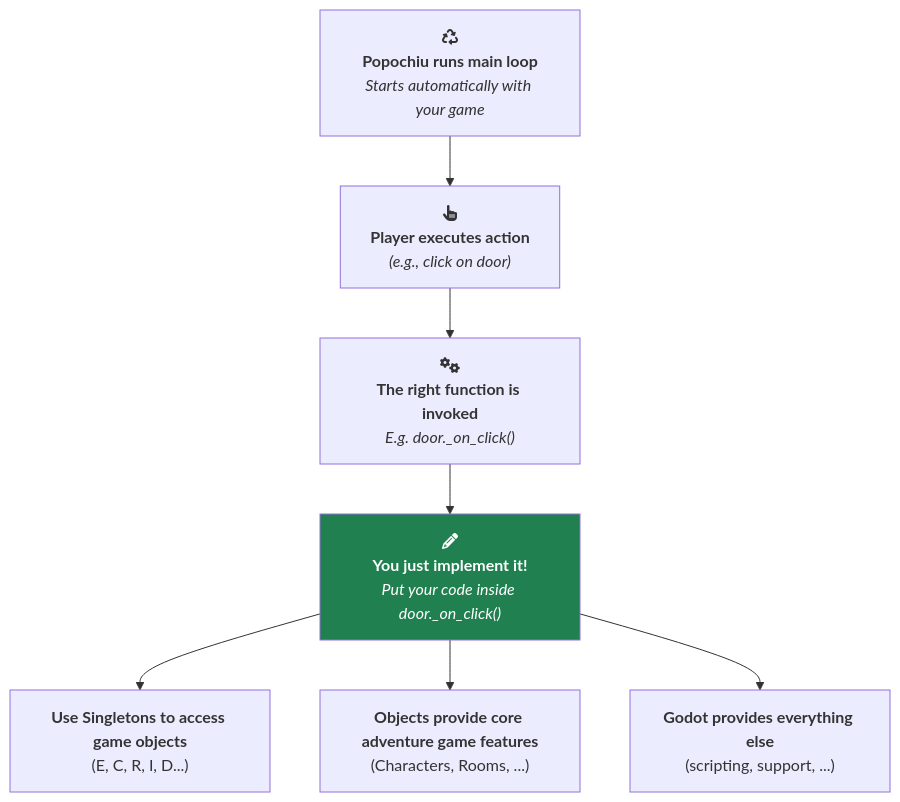
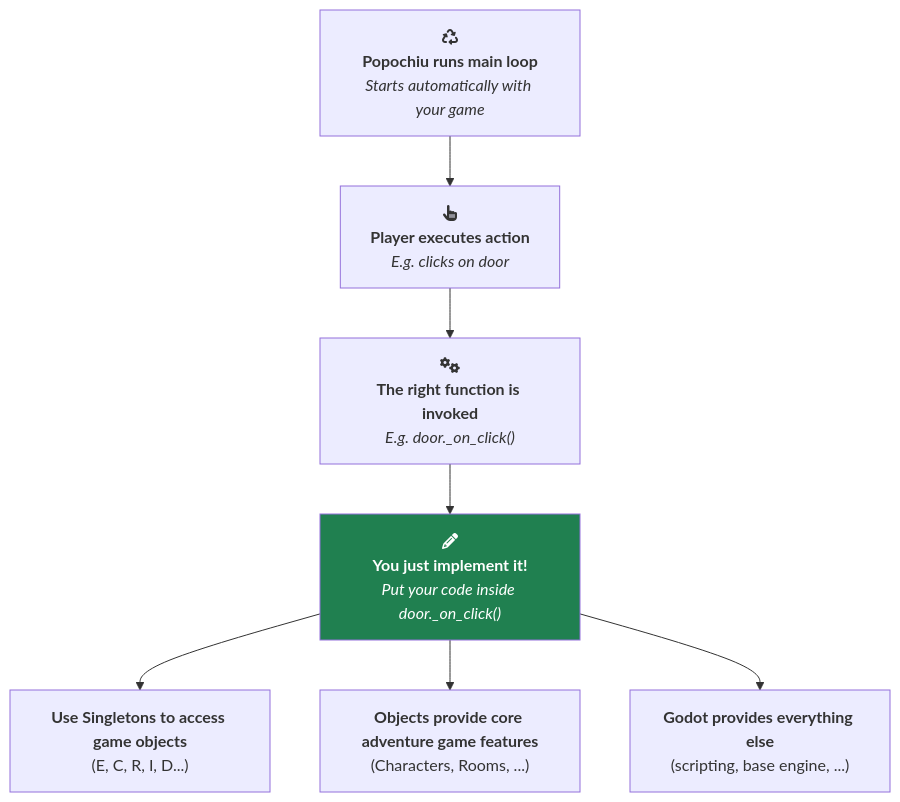
Before and after one commit to carenalgas/popochiu: the diagram in docs/src/the-engine-handbook/scripting-overview.md, drawn with Mermaid. The commit also changed 2 other files, not shown here.

Commit message:
refs #415: WIP improvements on the Engine Handbook.

````diff
--- a/docs/src/the-engine-handbook/scripting-overview.md
+++ b/docs/src/the-engine-handbook/scripting-overview.md
@@ -18,11 +18,11 @@
 ```mermaid
 flowchart TD
-    A["fas:fa-recycle<br/><strong>Popochiu runs main loop</strong><br/><i>Starts automatically with your game</i>"] --> B["fas:fa-hand-pointer<br/><strong>Player executes action</strong><br/><i>(e.g., click on door)</i>"]
+    A["fas:fa-recycle<br/><strong>Popochiu runs main loop</strong><br/><i>Starts automatically with your game</i>"] --> B["fas:fa-hand-pointer<br/><strong>Player executes action</strong><br/><i>E.g. clicks on door</i>"]
     B --> C["fas:fa-cogs<br/><strong>The right function is invoked</strong><br/><i>E.g. door._on_click()</i>"]
     C --> D["fas:fa-pencil-alt<br/><strong>You just implement it!</strong><br/><i>Put your code inside door._on_click()</i>"]
     D --> E["<strong>Use Singletons to access game objects</strong><br/>(E, C, R, I, D...)"]
     D --> F["<strong>Objects provide core adventure game features</strong><br/>(Characters, Rooms, ...)"]
-    D --> G["<strong>Godot provides everything else</strong><br/>(scripting, support, ...)"]
+    D --> G["<strong>Godot provides everything else</strong><br/>(scripting, base engine, ...)"]
     
     style D fill:#208050,color:#fff
 ```
````
